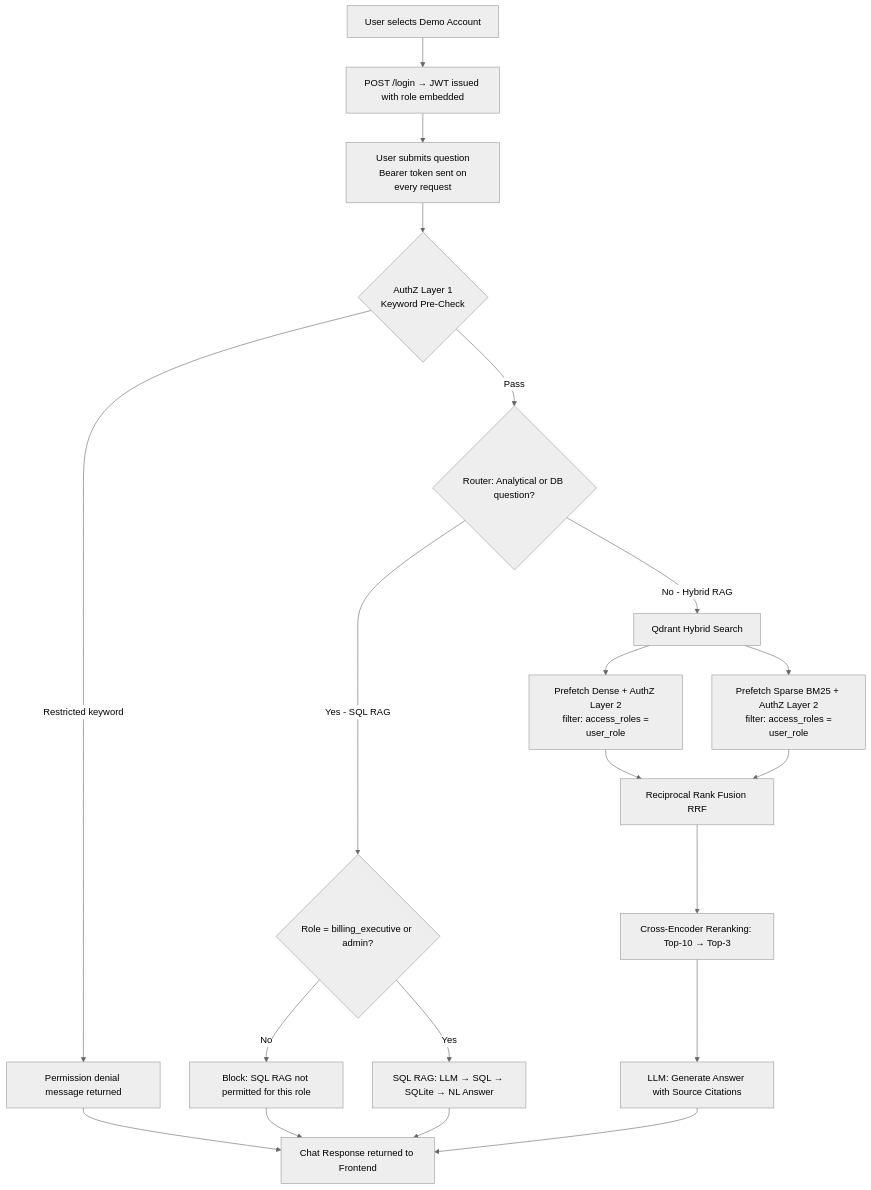
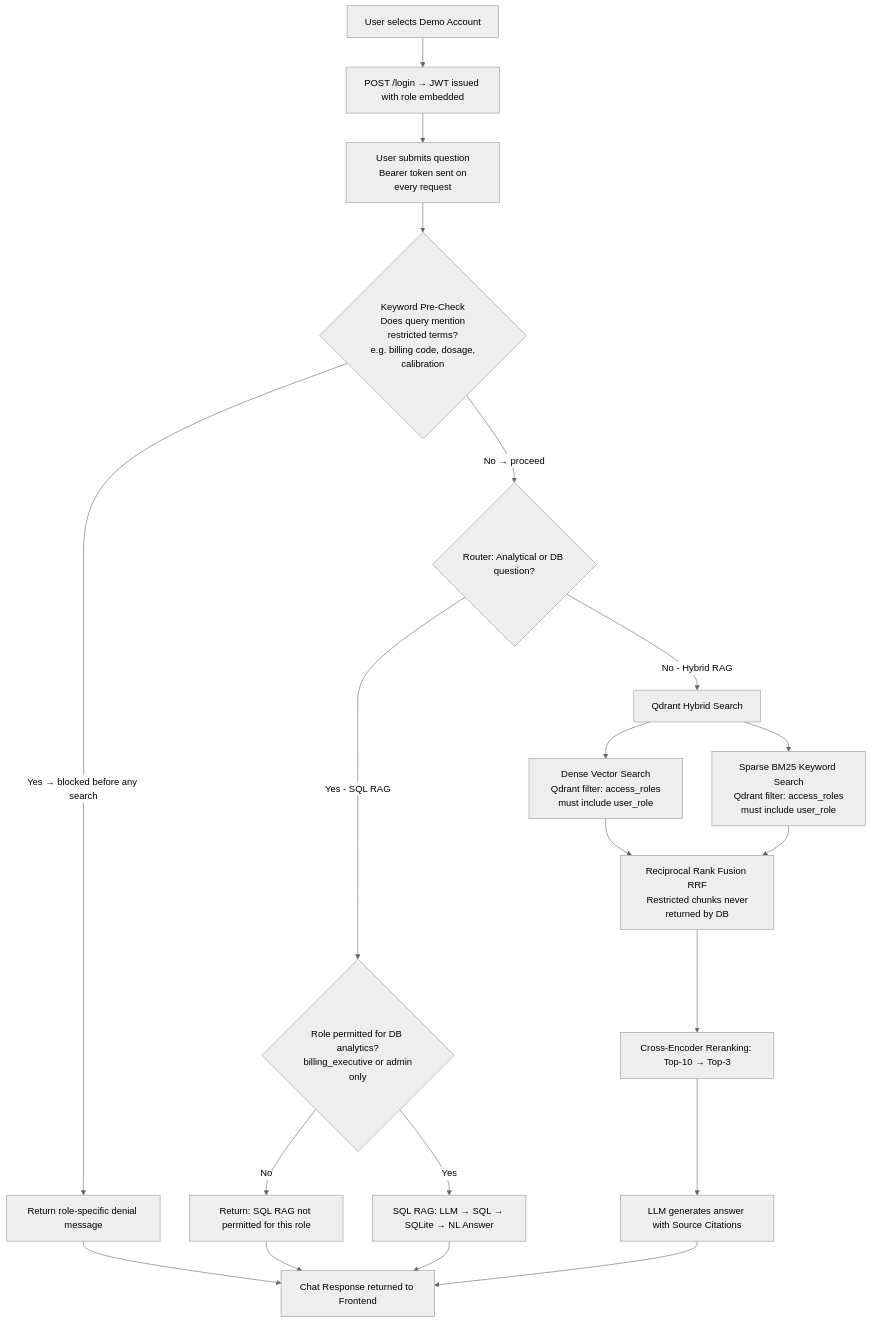
Before and after one commit to sunnydubey1111/medibot: the diagram in README.md, drawn with Mermaid (neutral theme).

Commit message:
docs: improve architecture diagram with clearer RBAC labels

````diff
--- a/README.md
+++ b/README.md
@@ -34,23 +34,23 @@
 ```mermaid
 graph TD
     A[User selects Demo Account] --> B[POST /login → JWT issued with role embedded]
     B --> C[User submits question\n Bearer token sent on every request]
 
-    C --> D{AuthZ Layer 1\n Keyword Pre-Check}
-    D -- "Restricted keyword" --> E[Permission denial message returned]
-    D -- "Pass" --> F
+    C --> D{Keyword Pre-Check\n Does query mention restricted terms?\n e.g. billing code, dosage, calibration}
+    D -- "Yes → blocked before any search" --> E[Return role-specific denial message]
+    D -- "No → proceed" --> F
 
     F{Router: Analytical or DB question?}
-    F -- "Yes - SQL RAG" --> G{Role = billing_executive or admin?}
-    G -- "No" --> H[Block: SQL RAG not permitted for this role]
+    F -- "Yes - SQL RAG" --> G{Role permitted for DB analytics?\n billing_executive or admin only}
+    G -- "No" --> H[Return: SQL RAG not permitted for this role]
     G -- "Yes" --> I[SQL RAG: LLM → SQL → SQLite → NL Answer]
 
     F -- "No - Hybrid RAG" --> J[Qdrant Hybrid Search]
-    J --> K[Prefetch Dense + AuthZ Layer 2\n filter: access_roles = user_role]
-    J --> L[Prefetch Sparse BM25 + AuthZ Layer 2\n filter: access_roles = user_role]
-    K & L --> M[Reciprocal Rank Fusion RRF]
+    J --> K[Dense Vector Search\n Qdrant filter: access_roles must include user_role]
+    J --> L[Sparse BM25 Keyword Search\n Qdrant filter: access_roles must include user_role]
+    K & L --> M[Reciprocal Rank Fusion RRF\n Restricted chunks never returned by DB]
     M --> N[Cross-Encoder Reranking: Top-10 → Top-3]
-    N --> O[LLM: Generate Answer with Source Citations]
+    N --> O[LLM generates answer with Source Citations]
 
     I & O & E & H --> P[Chat Response returned to Frontend]
 ```
````
